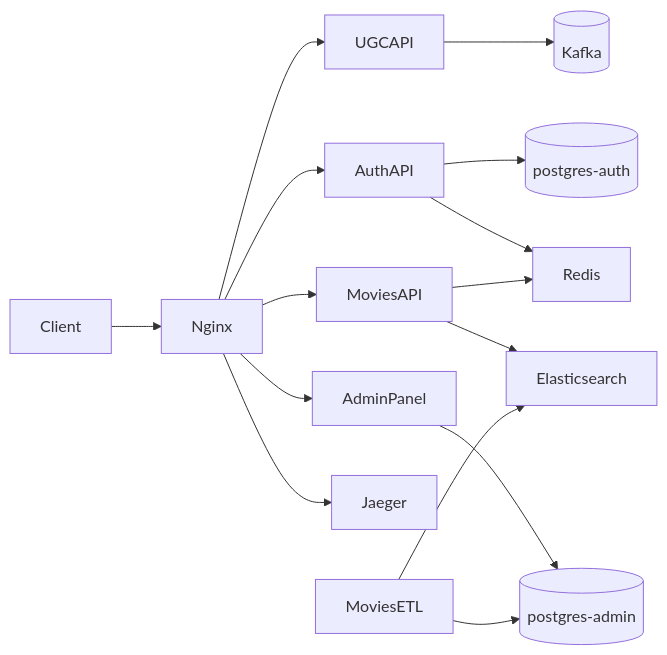
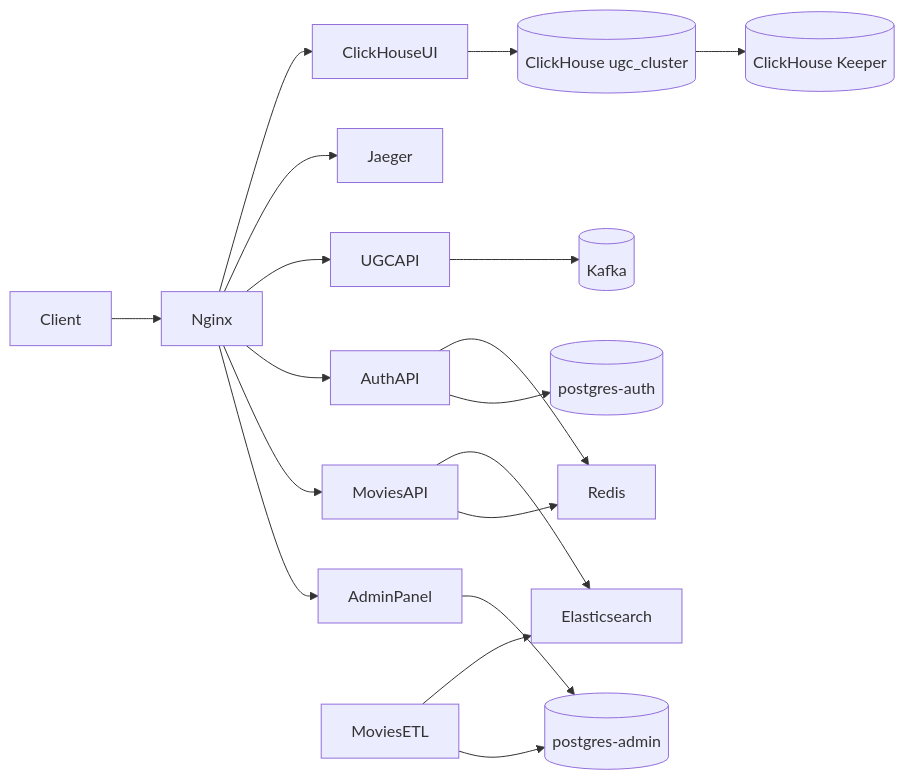
Before and after one commit to rock4ts/movies_portfolio: the diagram in README.md, drawn with Mermaid. The commit also changed other lines of this file, not shown here.

First line of the commit message:
Document ClickHouse cluster setup and refresh profiler samples.

````diff
--- a/README.md
+++ b/README.md
@@ -9,18 +9,21 @@
 ```mermaid
 flowchart LR
     Client --> Nginx
     Nginx --> AdminPanel
     Nginx --> MoviesAPI
     Nginx --> AuthAPI
     Nginx --> UGCAPI
     Nginx --> Jaeger
+    Nginx --> ClickHouseUI
 
     AdminPanel --> PostgresAdmin[(postgres-admin)]
     AuthAPI --> PostgresAuth[(postgres-auth)]
     AuthAPI --> Redis
     MoviesAPI --> Redis
     MoviesAPI --> Elasticsearch
     MoviesETL --> PostgresAdmin
     MoviesETL --> Elasticsearch
     UGCAPI --> Kafka[(Kafka)]
+    ClickHouseUI --> ClickHouse[(ClickHouse ugc_cluster)]
+    ClickHouse --> Keeper[(ClickHouse Keeper)]
 ```
````
